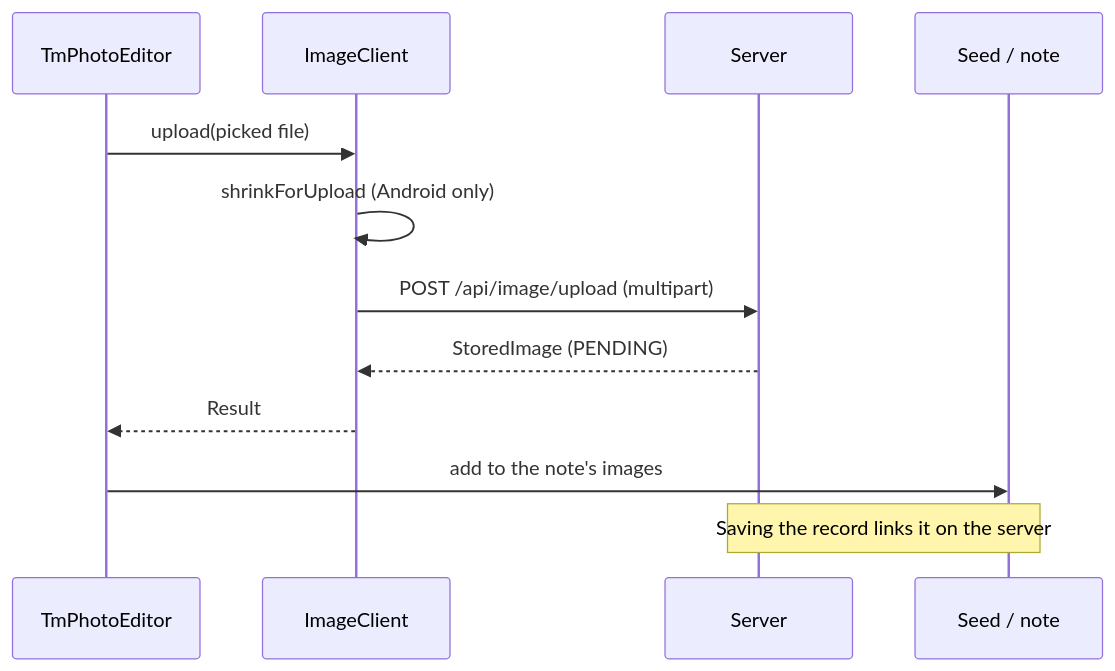
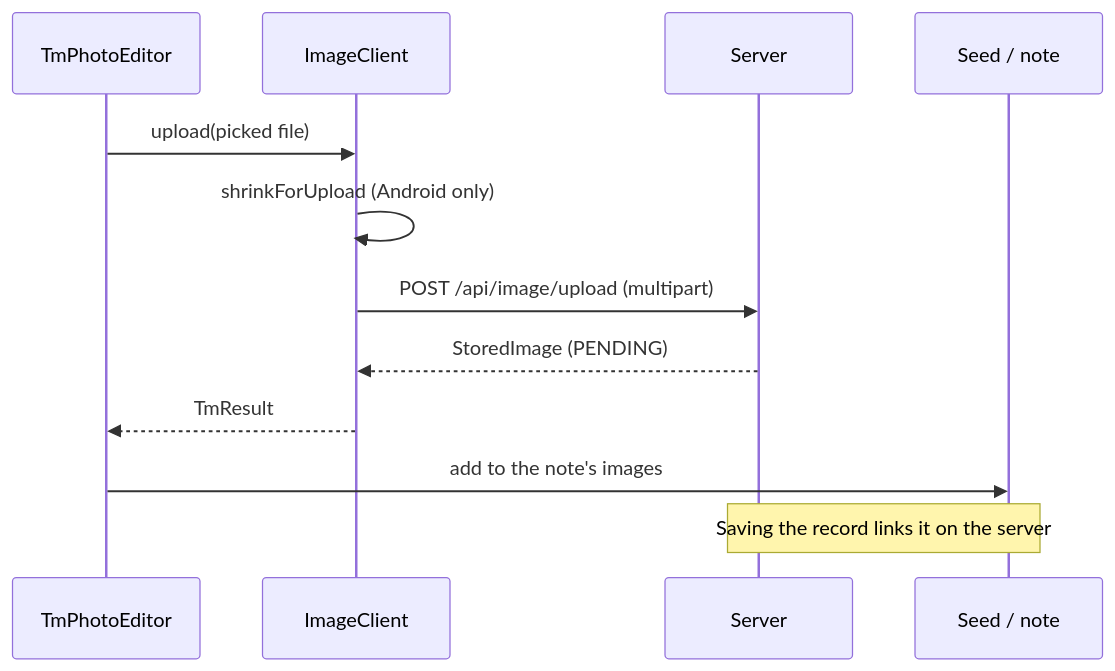
The diagram in docs/client/transfers-and-photos.md (Mr0btain/TicketMan), drawn with Mermaid before and after one commit. The commit also changed other lines of this file and 112 other files, not shown here.

````diff
--- a/docs/client/transfers-and-photos.md
+++ b/docs/client/transfers-and-photos.md
@@ -54,14 +54,14 @@
 ```mermaid
 sequenceDiagram
     participant E as TmPhotoEditor
     participant IC as ImageClient
     participant S as Server
     participant D as Seed / note
     E->>IC: upload(picked file)
     IC->>IC: shrinkForUpload (Android only)
     IC->>S: POST /api/image/upload (multipart)
     S-->>IC: StoredImage (PENDING)
-    IC-->>E: Result
+    IC-->>E: TmResult
     E->>D: add to the note's images
     Note over D,S: Saving the record links it on the server
 ```
````
